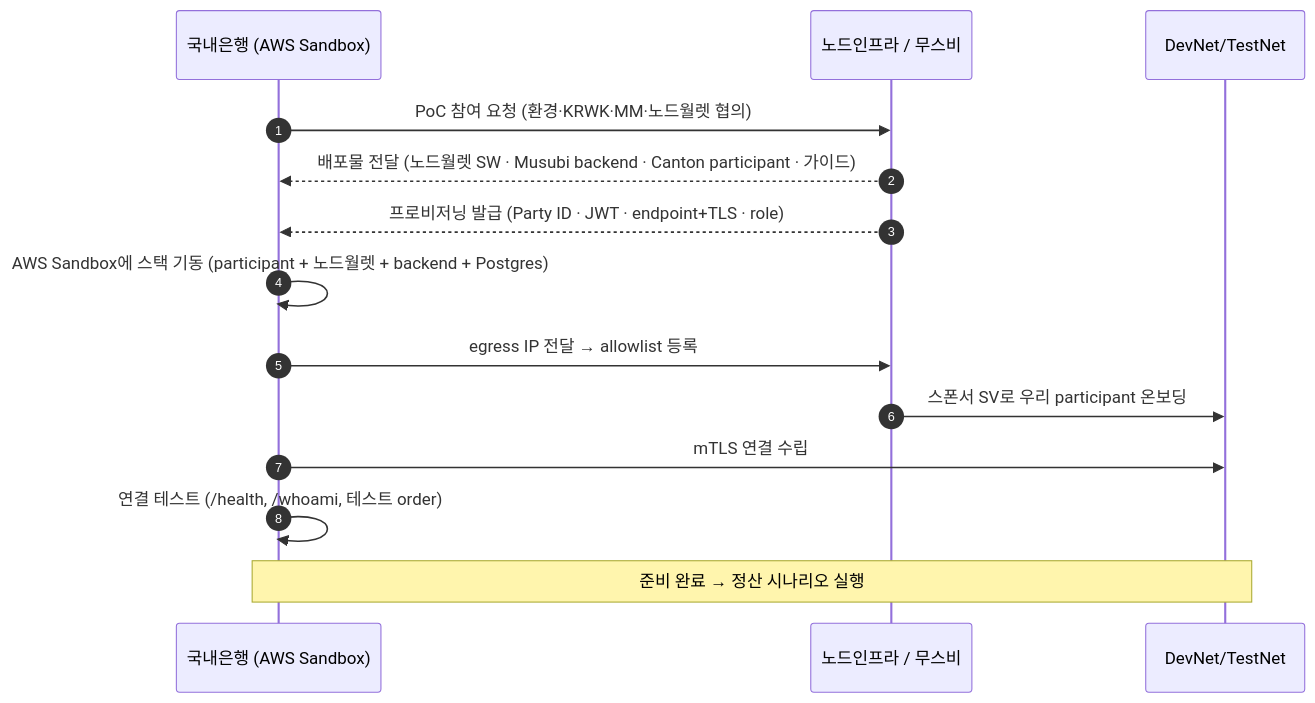
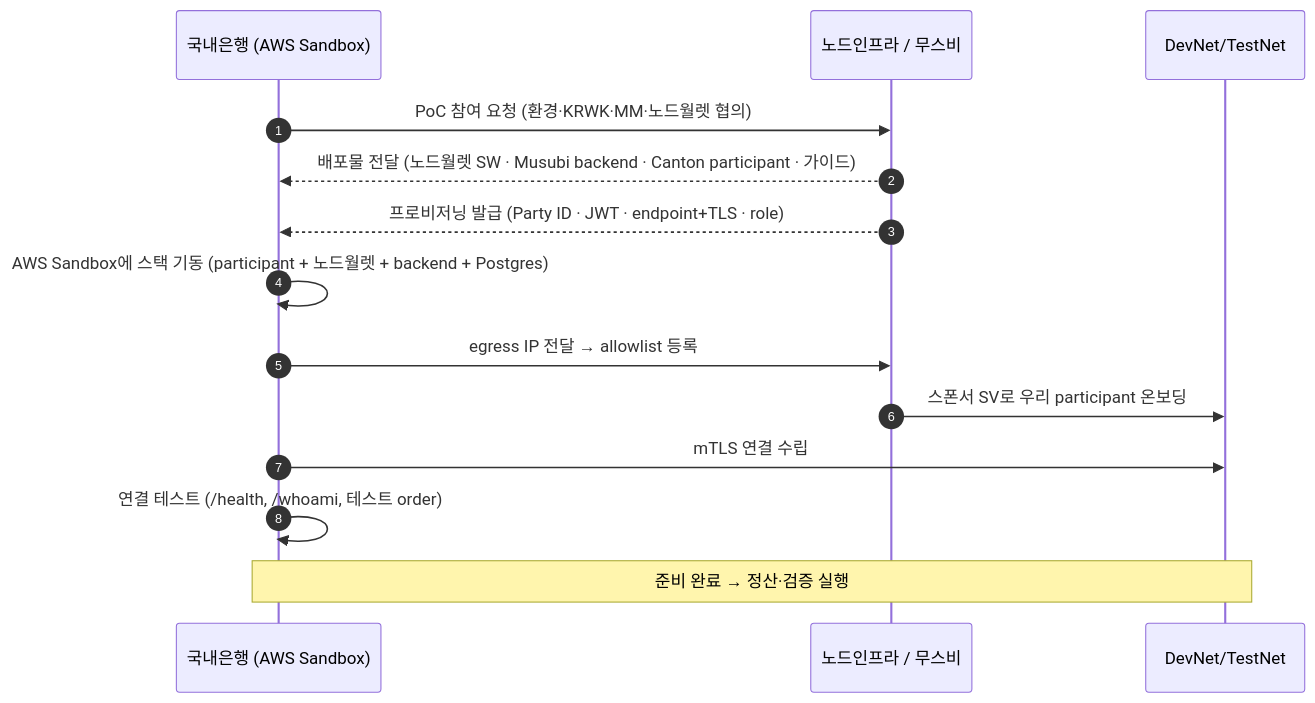
Before and after one commit to eunsujeo/canton-docs: the diagram in dev/docs/poc/aws-sandbox-devnet-setup.md, drawn with Mermaid. The commit also changed other lines of this file and 7 other files, not shown here.

````diff
--- a/dev/docs/poc/aws-sandbox-devnet-setup.md
+++ b/dev/docs/poc/aws-sandbox-devnet-setup.md
@@ -47,16 +46,16 @@
 ```mermaid
 sequenceDiagram
     autonumber
     participant B as 국내은행 (AWS Sandbox)
     participant N as 노드인프라 / 무스비
     participant NET as DevNet/TestNet
     B->>N: PoC 참여 요청 (환경·KRWK·MM·노드월렛 협의)
     N-->>B: 배포물 전달 (노드월렛 SW · Musubi backend · Canton participant · 가이드)
     N-->>B: 프로비저닝 발급 (Party ID · JWT · endpoint+TLS · role)
     B->>B: AWS Sandbox에 스택 기동 (participant + 노드월렛 + backend + Postgres)
     B->>N: egress IP 전달 → allowlist 등록
     N->>NET: 스폰서 SV로 우리 participant 온보딩
     B->>NET: mTLS 연결 수립
     B->>B: 연결 테스트 (/health, /whoami, 테스트 order)
-    Note over B,NET: 준비 완료 → 정산 시나리오 실행
+    Note over B,NET: 준비 완료 → 정산·검증 실행
 ```
````
